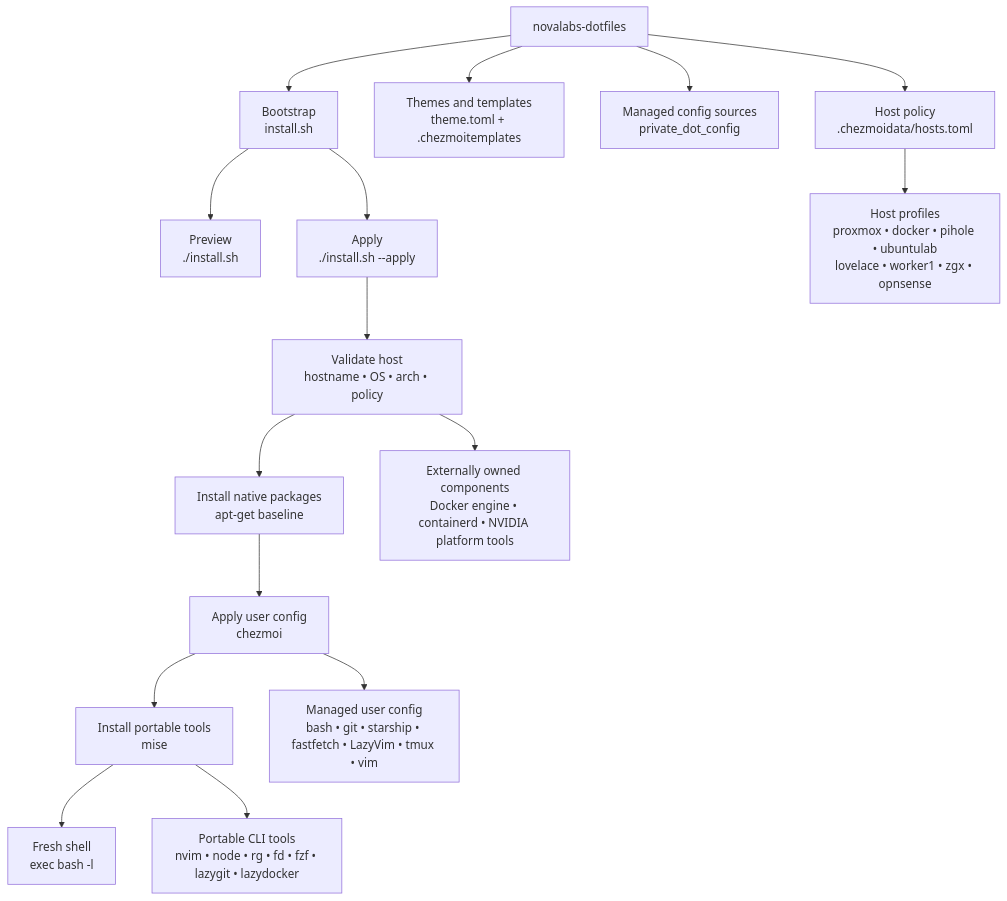
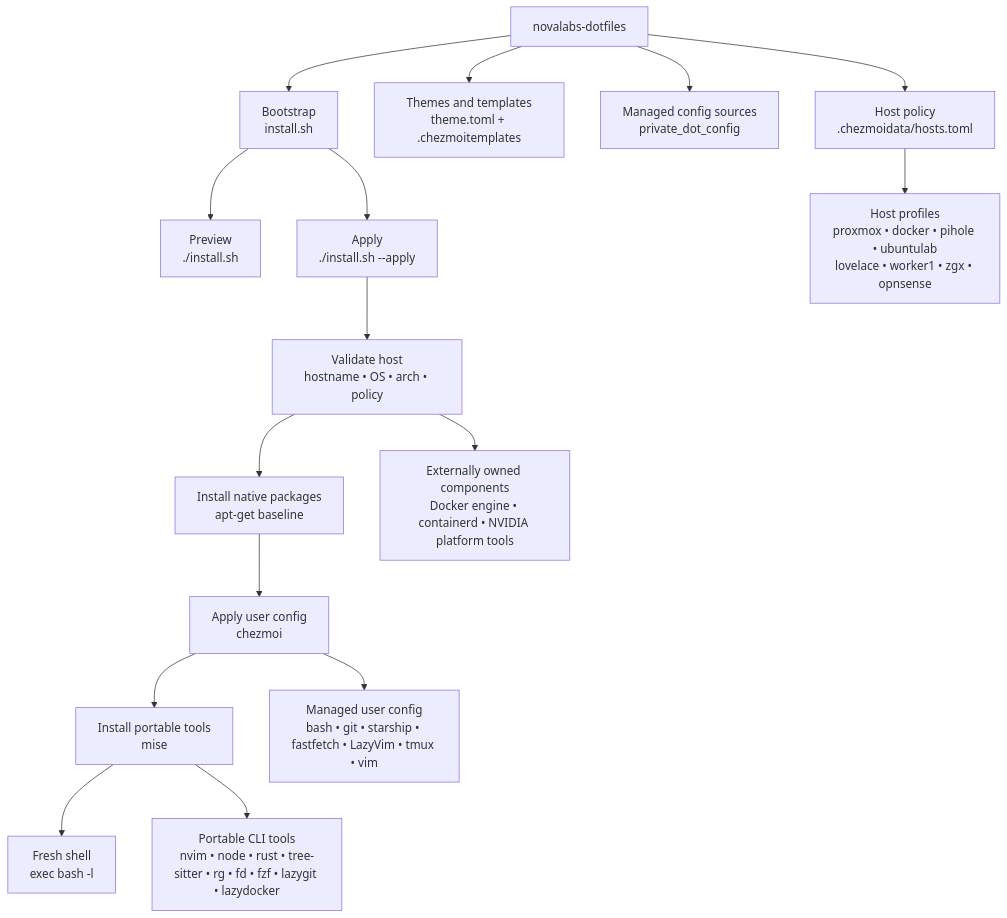
One commit to calico88x/novalabs-dotfiles changed the diagram in README.md. Above: the diagram before and after it, drawn with Mermaid. The commit also changed other lines of this file and 2 other files, not shown here.

Commit message:
Add Tree-sitter build dependencies

````diff
--- a/README.md
+++ b/README.md
@@ -27,23 +27,23 @@
 ```mermaid
 flowchart TD
   A["novalabs-dotfiles"] --> B["Host policy<br/>.chezmoidata/hosts.toml"]
   A --> C["Themes and templates<br/>theme.toml + .chezmoitemplates"]
   A --> D["Managed config sources<br/>private_dot_config"]
   A --> E["Bootstrap<br/>install.sh"]
 
   E --> F["Preview<br/>./install.sh"]
   E --> G["Apply<br/>./install.sh --apply"]
 
   G --> H["Validate host<br/>hostname • OS • arch • policy"]
   H --> I["Install native packages<br/>apt-get baseline"]
   I --> J["Apply user config<br/>chezmoi"]
   J --> K["Install portable tools<br/>mise"]
   K --> L["Fresh shell<br/>exec bash -l"]
 
   J --> M["Managed user config<br/>bash • git • starship • fastfetch • LazyVim • tmux • vim"]
-  K --> N["Portable CLI tools<br/>nvim • node • rg • fd • fzf • lazygit • lazydocker"]
+  K --> N["Portable CLI tools<br/>nvim • node • rust • tree-sitter • rg • fd • fzf • lazygit • lazydocker"]
 
   H --> O["Externally owned components<br/>Docker engine • containerd • NVIDIA platform tools"]
 
   B --> P["Host profiles<br/>proxmox • docker • pihole • ubuntulab<br/>lovelace • worker1 • zgx • opnsense"]
 ```
````
